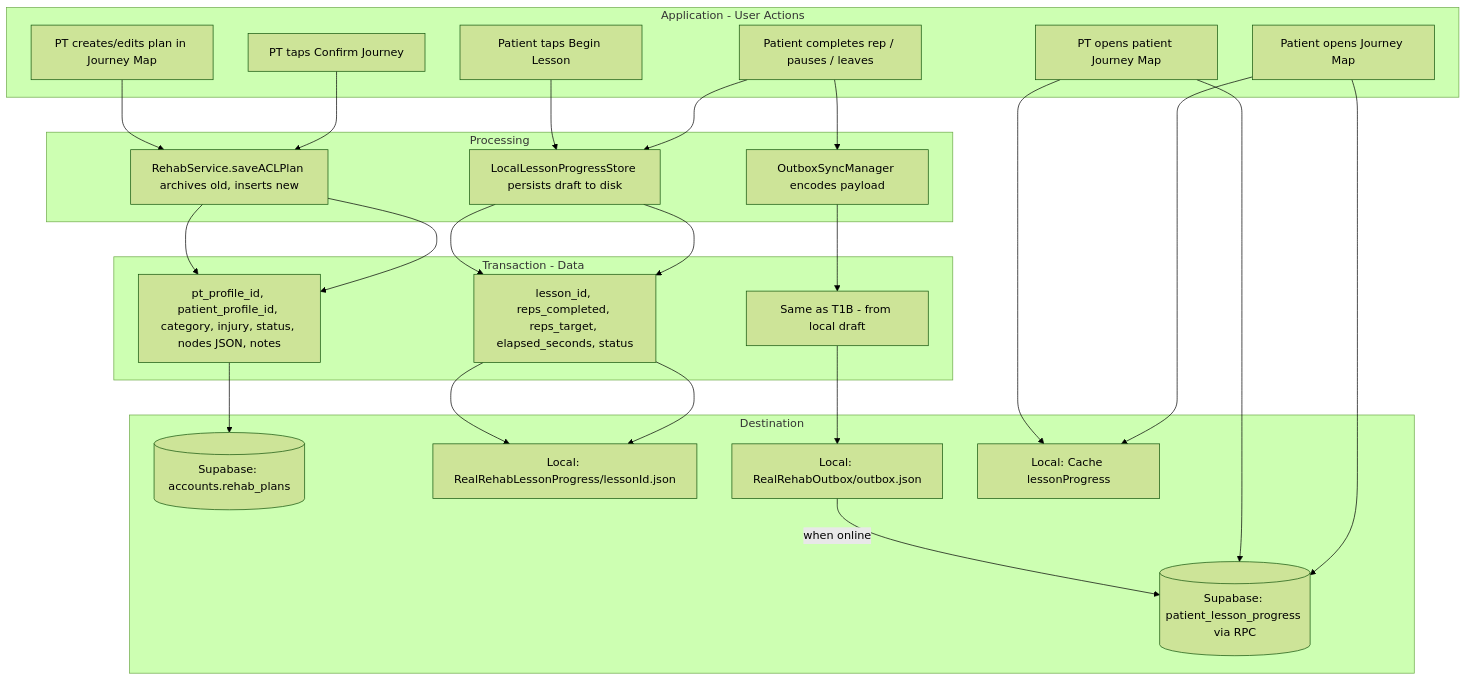
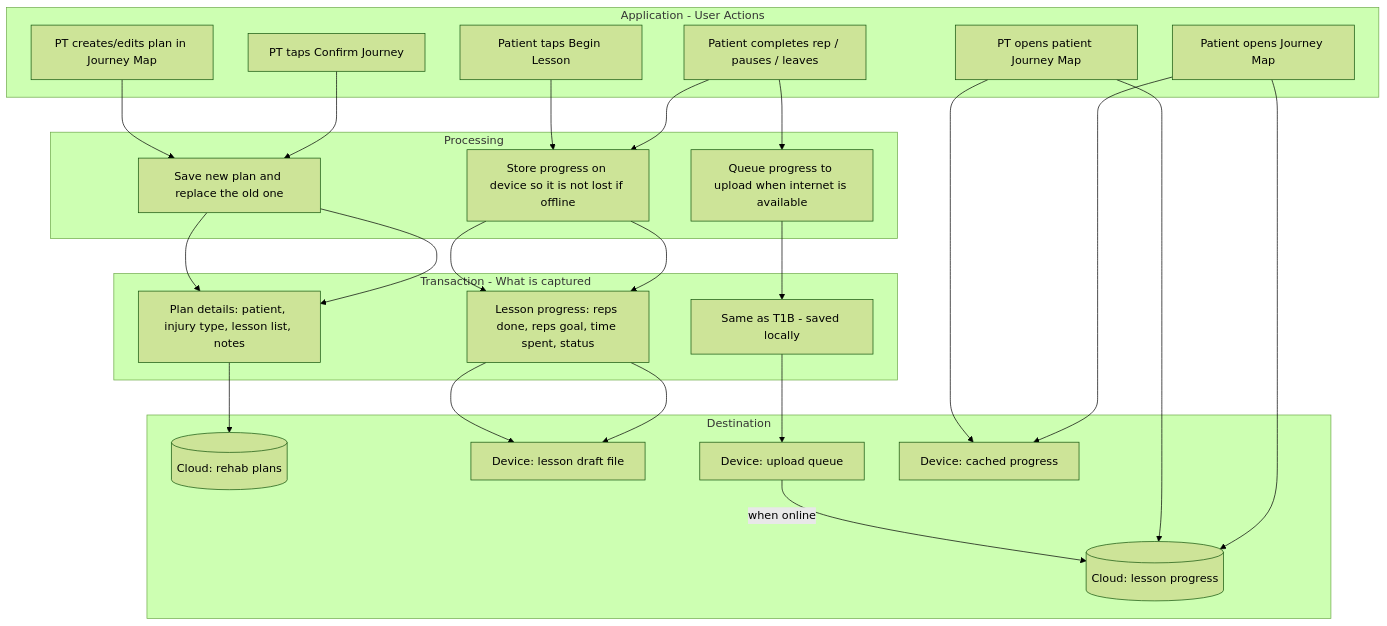
One commit to seanja5/realrehab-mvp changed the first of 4 diagrams in docs/DATA_FLOW.md. Above: the diagram before and after it, drawn with Mermaid (forest theme). The commit also changed other lines of this file and 1 other file, not shown here.

Commit message:
Use plain-language labels in data flow diagrams for non-technical audiences

````diff
--- a/docs/DATA_FLOW.md
+++ b/docs/DATA_FLOW.md
@@ -106,42 +106,42 @@
 ```mermaid
 flowchart TB
     subgraph app1 [Application - User Actions]
         A1A[PT creates/edits plan in Journey Map]
         A1B[PT taps Confirm Journey]
         A1C[Patient taps Begin Lesson]
         A1D[Patient completes rep / pauses / leaves]
         A1E[PT opens patient Journey Map]
         A1F[Patient opens Journey Map]
     end
 
     subgraph proc1 [Processing]
-        P1A[RehabService.saveACLPlan archives old, inserts new]
-        P1B[LocalLessonProgressStore persists draft to disk]
-        P1C[OutboxSyncManager encodes payload]
+        P1A[Save new plan and replace the old one]
+        P1B[Store progress on device so it is not lost if offline]
+        P1C[Queue progress to upload when internet is available]
     end
 
-    subgraph tx1 [Transaction - Data]
-        T1A[pt_profile_id, patient_profile_id, category, injury, status, nodes JSON, notes]
-        T1B[lesson_id, reps_completed, reps_target, elapsed_seconds, status]
-        T1C[Same as T1B - from local draft]
+    subgraph tx1 [Transaction - What is captured]
+        T1A[Plan details: patient, injury type, lesson list, notes]
+        T1B[Lesson progress: reps done, reps goal, time spent, status]
+        T1C[Same as T1B - saved locally]
     end
 
     subgraph dest1 [Destination]
-        D1A[(Supabase: accounts.rehab_plans)]
-        D1B[(Supabase: patient_lesson_progress via RPC)]
-        D1C[Local: RealRehabLessonProgress/lessonId.json]
-        D1D[Local: RealRehabOutbox/outbox.json]
-        D1E[Local: Cache lessonProgress]
+        D1A[(Cloud: rehab plans)]
+        D1B[(Cloud: lesson progress)]
+        D1C[Device: lesson draft file]
+        D1D[Device: upload queue]
+        D1E[Device: cached progress]
     end
 
     A1A --> P1A --> T1A
     A1B --> P1A --> T1A --> D1A
     A1C --> P1B --> T1B --> D1C
     A1D --> P1B --> T1B --> D1C
     A1D --> P1C --> T1C --> D1D
     D1D -->|when online| D1B
     A1E --> D1B
     A1E --> D1E
     A1F --> D1B
     A1F --> D1E
 ```
````
